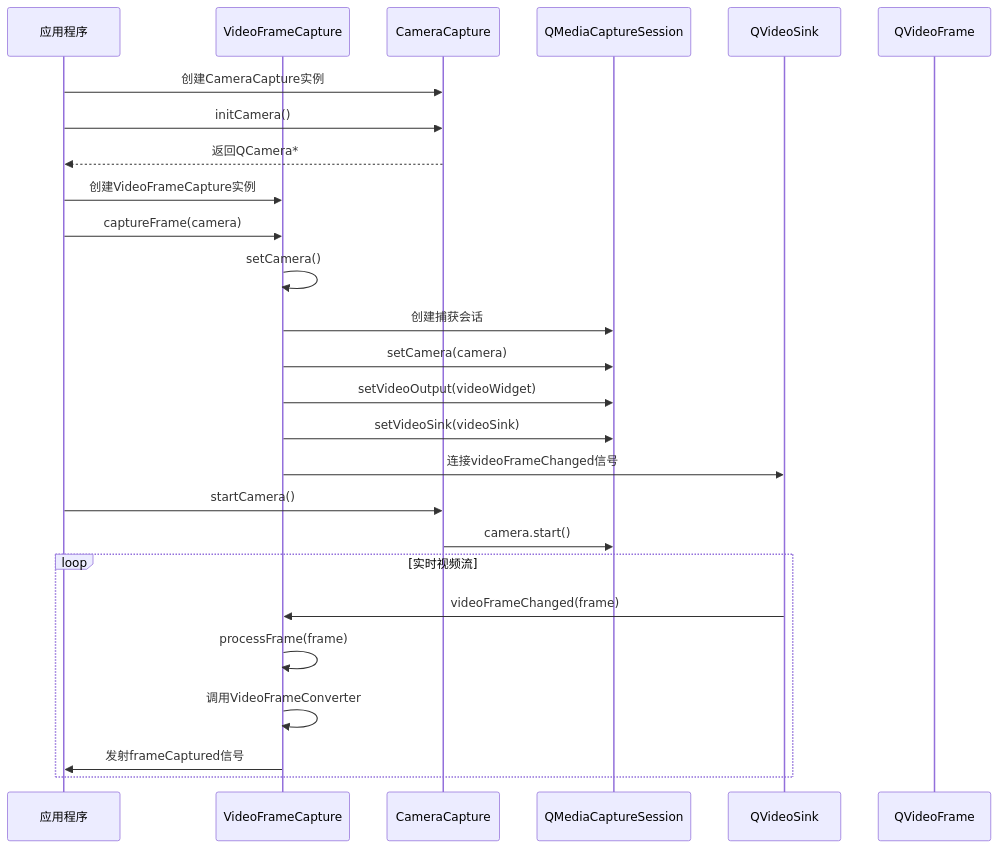
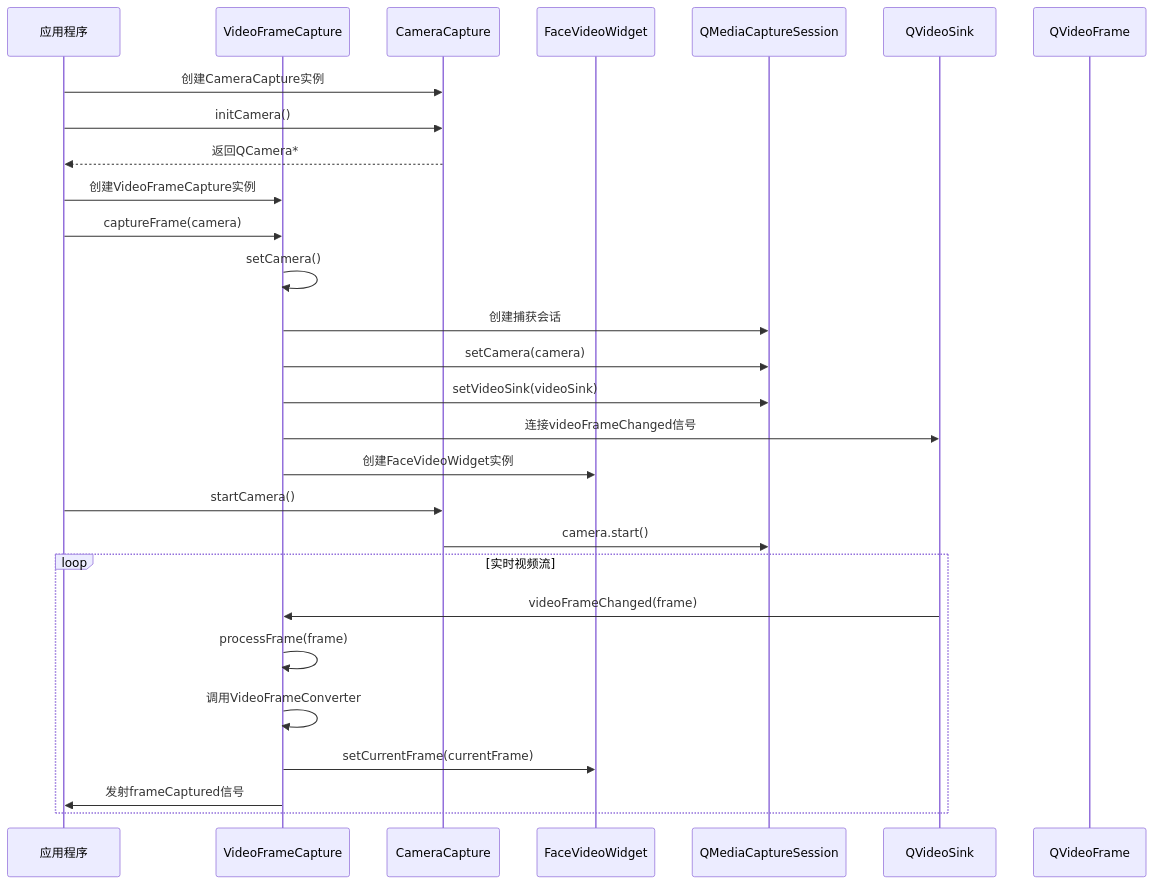
Before and after one commit to HeQiTZD/Triple-terminal-Attendance-Punching-System: the fifth of 11 diagrams in .qoder/repowiki/zh/content/核心模块/摄像头采集模块/摄像头采集模块.md, drawn with Mermaid. The commit also changed other lines of this file and 44 other files, not shown here.

````diff
--- a/.qoder/repowiki/zh/content/核心模块/摄像头采集模块/摄像头采集模块.md
+++ b/.qoder/repowiki/zh/content/核心模块/摄像头采集模块/摄像头采集模块.md
@@ -261,28 +304,30 @@
 ```mermaid
 sequenceDiagram
 participant App as 应用程序
 participant VFC as VideoFrameCapture
 participant CC as CameraCapture
+participant FVW as FaceVideoWidget
 participant QMC as QMediaCaptureSession
 participant QVS as QVideoSink
 participant QVF as QVideoFrame
 App->>CC : 创建CameraCapture实例
 App->>CC : initCamera()
 CC-->>App : 返回QCamera*
 App->>VFC : 创建VideoFrameCapture实例
 App->>VFC : captureFrame(camera)
 VFC->>VFC : setCamera()
 VFC->>QMC : 创建捕获会话
 VFC->>QMC : setCamera(camera)
-VFC->>QMC : setVideoOutput(videoWidget)
 VFC->>QMC : setVideoSink(videoSink)
 VFC->>QVS : 连接videoFrameChanged信号
+VFC->>FVW : 创建FaceVideoWidget实例
 App->>CC : startCamera()
 CC->>QMC : camera.start()
 loop 实时视频流
 QVS->>VFC : videoFrameChanged(frame)
 VFC->>VFC : processFrame(frame)
 VFC->>VFC : 调用VideoFrameConverter
+VFC->>FVW : setCurrentFrame(currentFrame)
 VFC->>App : 发射frameCaptured信号
 end
 ```
````
